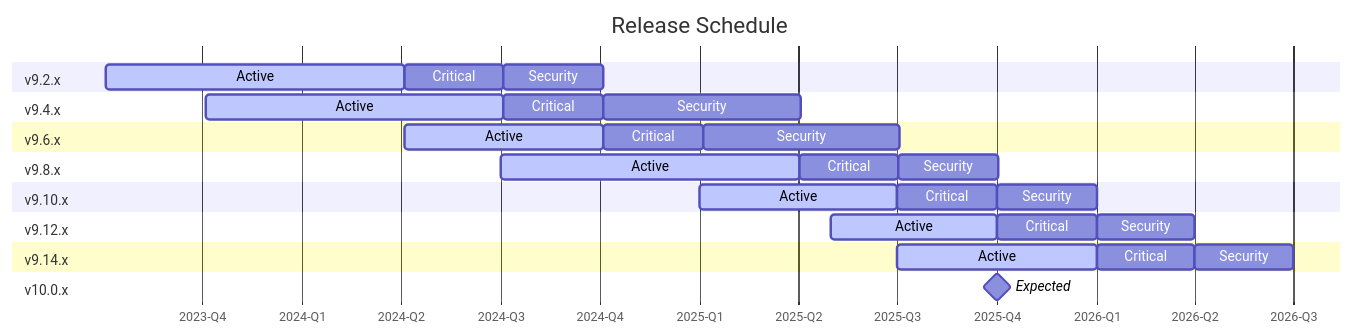
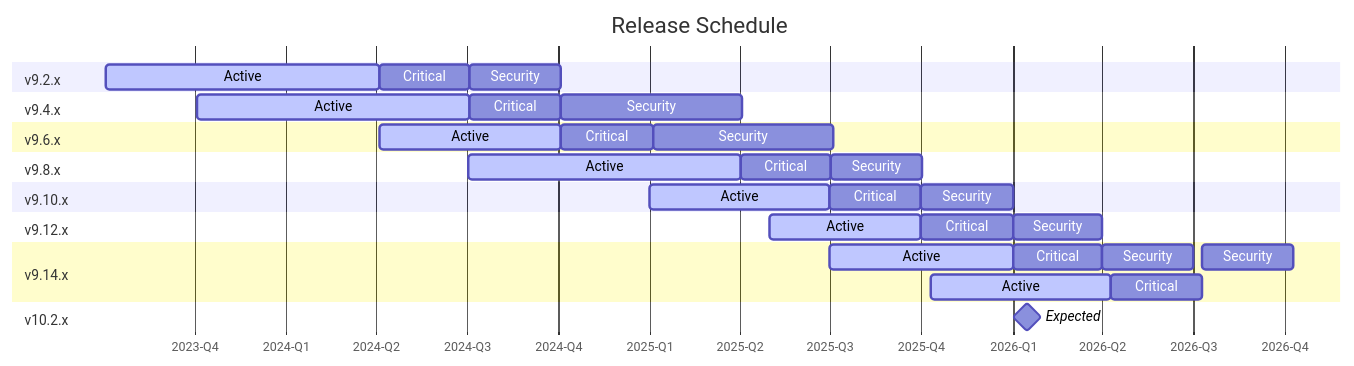
The diagram in README.md (hpcc-systems/HPCC-Platform), drawn with Mermaid before and after one commit. The commit also changed 1 other file, not shown here.

Commit message:
Update version numbers to match new release

````diff
--- a/README.md
+++ b/README.md
@@ -18,40 +18,44 @@
 ```mermaid
 ---
 displayMode: compact
 ---
 gantt
     title Release Schedule
     axisFormat %Y-Q%q
     tickInterval 3month
     dateFormat YYYY-MM-DD
     section v9.2.x
         Active:          active, 2023-07-04, 9M
         Critical:        3M
         Security:        3M
     section v9.4.x
         Active:          active, 2023-10-04, 9M
         Critical:        3M
         Security:        6M
     section v9.6.x
         Active:          active, 2024-04-04, 6M
         Critical:        3M
         Security:        6M
     section v9.8.x
         Active:          active, 2024-07-02, 9M
         Critical:        3M
         Security:        3M
     section v9.10.x
         Active:          active, 2025-01-01, 6M
         Critical:        3M
         Security:        3M
     section v9.12.x
         Active:          active, 2025-05-01, 5M
         Critical:        3M
         Security:        3M
     section v9.14.x
         Active:          active, 2025-07-01, 6M
         Critical:        3M
         Security:        3M
-    section v10.0.x
-        Expected:        milestone, 2025-10-01, 0M
+    section v9.14.x
+        Active:          active, 2025-10-10, 6M
+        Critical:        3M
+        Security:        3M
+    section v10.2.x
+        Expected:        milestone, 2026-01-15, 0M
 ```
````
